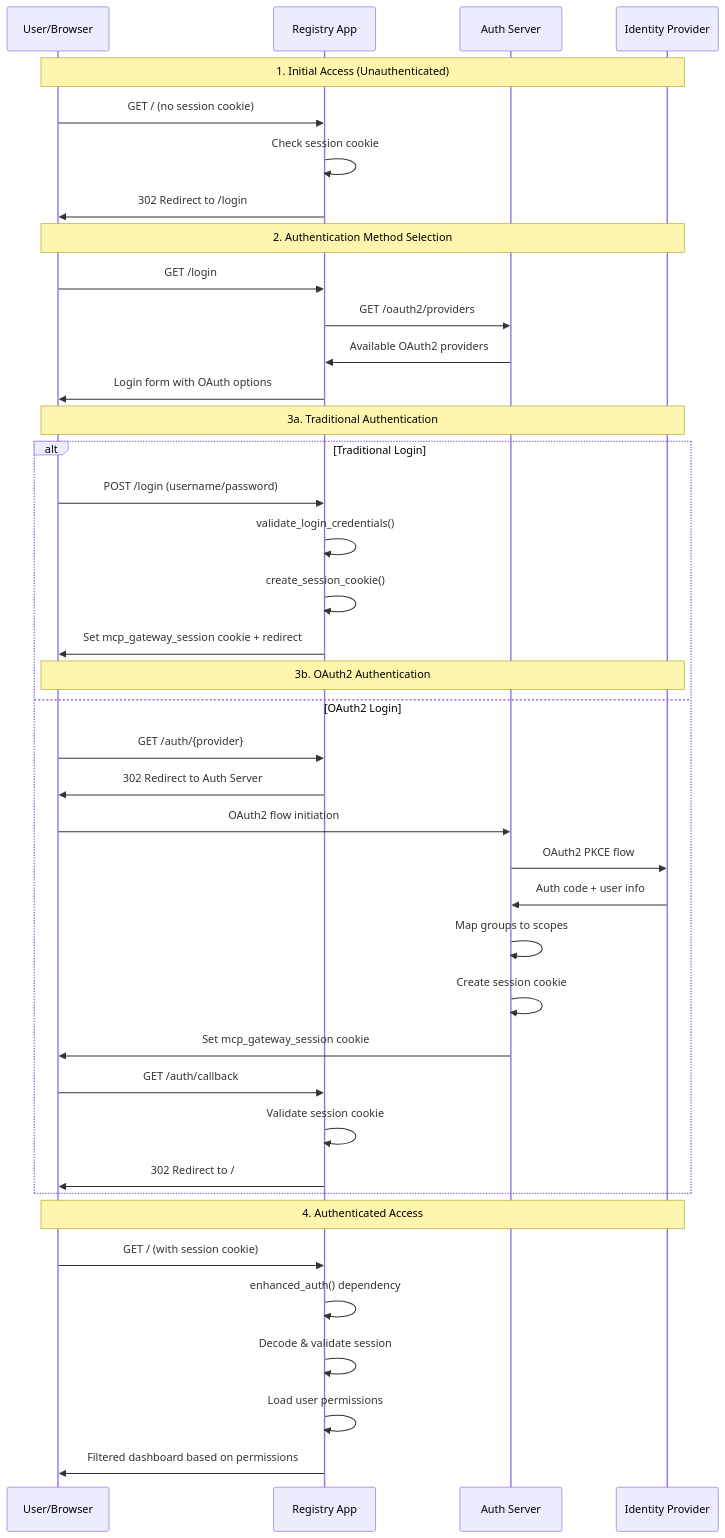
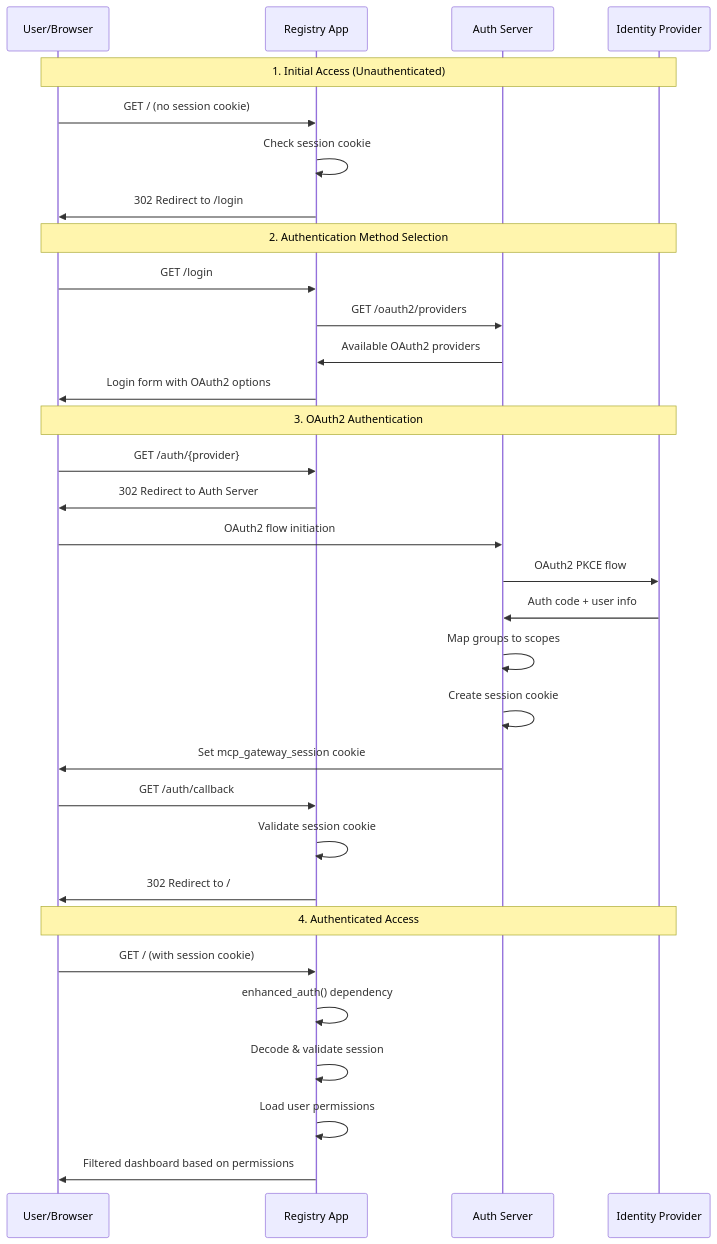
The second of 7 diagrams in docs/registry-auth-architecture.md (dheerajoruganty/mcp-gateway-registry), drawn with Mermaid before and after one commit. The commit also changed other lines of this file and 35 other files, not shown here.

Commit message:
remove local user login (#591)

````diff
--- a/docs/registry-auth-architecture.md
+++ b/docs/registry-auth-architecture.md
@@ -90,47 +86,38 @@
 ```mermaid
 sequenceDiagram
     participant U as User/Browser
     participant R as Registry App
     participant AS as Auth Server
     participant IdP as Identity Provider
     
     Note over U,IdP: 1. Initial Access (Unauthenticated)
     U->>R: GET / (no session cookie)
     R->>R: Check session cookie
     R->>U: 302 Redirect to /login
     
     Note over U,IdP: 2. Authentication Method Selection
     U->>R: GET /login
     R->>AS: GET /oauth2/providers
     AS->>R: Available OAuth2 providers
-    R->>U: Login form with OAuth options
-    
-    Note over U,IdP: 3a. Traditional Authentication
-    alt Traditional Login
-        U->>R: POST /login (username/password)
-        R->>R: validate_login_credentials()
-        R->>R: create_session_cookie()
-        R->>U: Set mcp_gateway_session cookie + redirect
-    
-    Note over U,IdP: 3b. OAuth2 Authentication
-    else OAuth2 Login
-        U->>R: GET /auth/{provider}
-        R->>U: 302 Redirect to Auth Server
-        U->>AS: OAuth2 flow initiation
-        AS->>IdP: OAuth2 PKCE flow
-        IdP->>AS: Auth code + user info
-        AS->>AS: Map groups to scopes
-        AS->>AS: Create session cookie
-        AS->>U: Set mcp_gateway_session cookie
-        U->>R: GET /auth/callback
-        R->>R: Validate session cookie
-        R->>U: 302 Redirect to /
-    end
+    R->>U: Login form with OAuth2 options
+
+    Note over U,IdP: 3. OAuth2 Authentication
+    U->>R: GET /auth/{provider}
+    R->>U: 302 Redirect to Auth Server
+    U->>AS: OAuth2 flow initiation
+    AS->>IdP: OAuth2 PKCE flow
+    IdP->>AS: Auth code + user info
+    AS->>AS: Map groups to scopes
+    AS->>AS: Create session cookie
+    AS->>U: Set mcp_gateway_session cookie
+    U->>R: GET /auth/callback
+    R->>R: Validate session cookie
+    R->>U: 302 Redirect to /
     
     Note over U,IdP: 4. Authenticated Access
     U->>R: GET / (with session cookie)
     R->>R: enhanced_auth() dependency
     R->>R: Decode & validate session
     R->>R: Load user permissions
     R->>U: Filtered dashboard based on permissions
 ```
````
